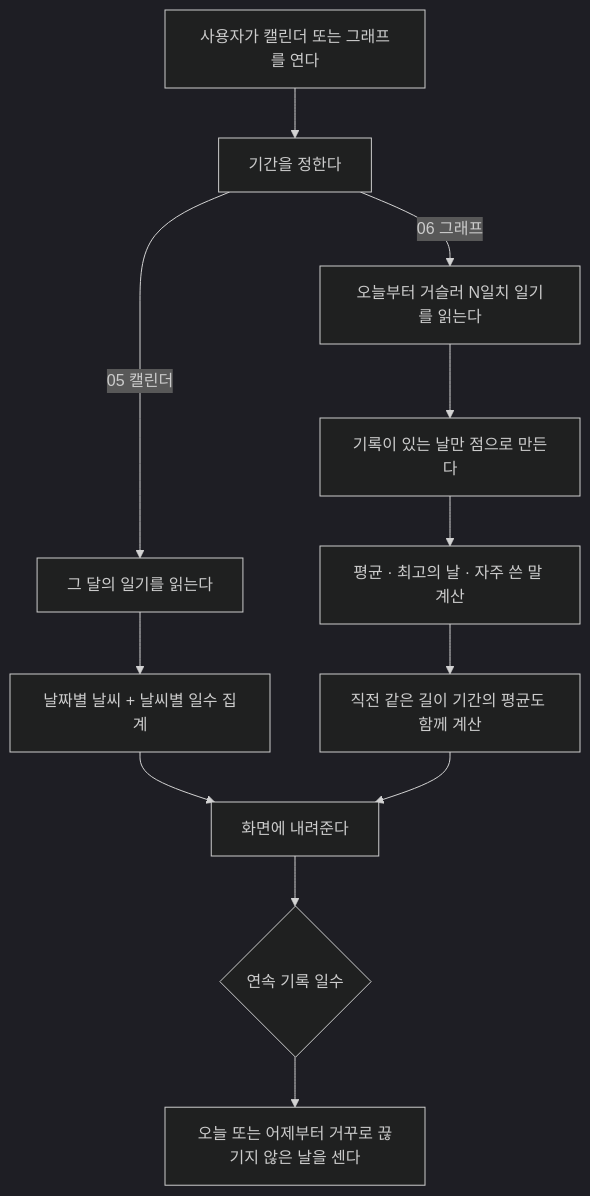
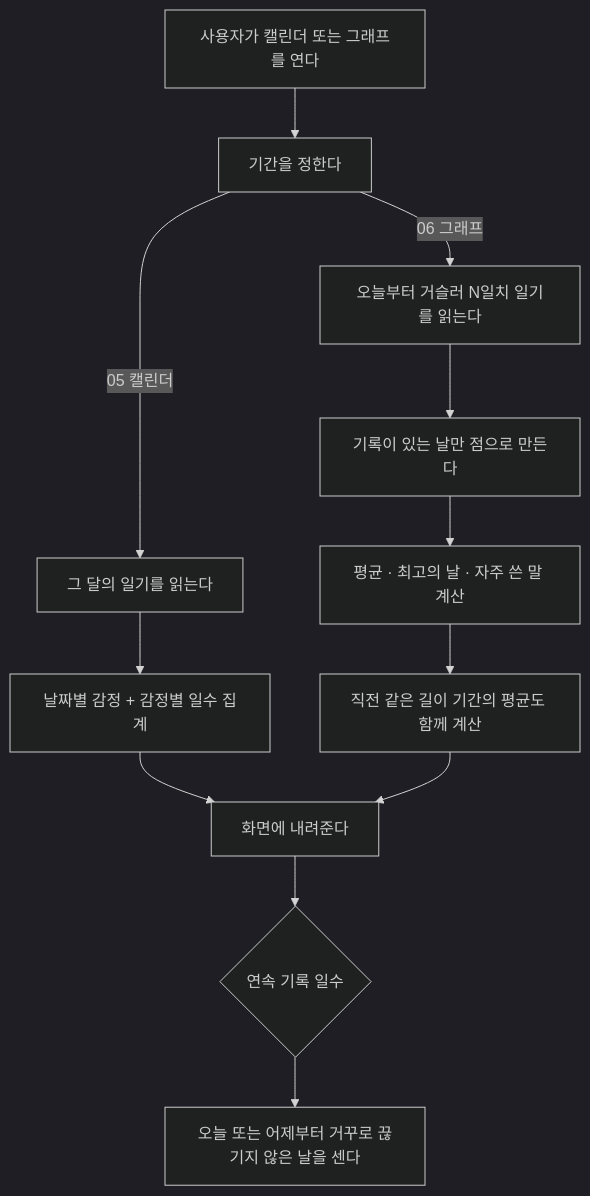
The diagram in docs/domain/diary/감정집계-비즈니스로직.md (Minchae0322/ai-picture-diary), drawn with Mermaid (dark theme) before and after one commit. The commit also changed other lines of this file and 166 other files, not shown here.

````diff
--- a/docs/domain/diary/감정집계-비즈니스로직.md
+++ b/docs/domain/diary/감정집계-비즈니스로직.md
@@ -8,14 +8,14 @@
 ```mermaid
 flowchart TD
     A[사용자가 캘린더 또는 그래프를 연다] --> B[기간을 정한다]
     B -->|05 캘린더| C[그 달의 일기를 읽는다]
     B -->|06 그래프| D[오늘부터 거슬러 N일치 일기를 읽는다]
-    C --> E[날짜별 날씨 + 날씨별 일수 집계]
+    C --> E[날짜별 감정 + 감정별 일수 집계]
     D --> F[기록이 있는 날만 점으로 만든다]
     F --> G[평균 · 최고의 날 · 자주 쓴 말 계산]
     G --> H[직전 같은 길이 기간의 평균도 함께 계산]
     E --> I[화면에 내려준다]
     H --> I
     I --> J{연속 기록 일수}
     J --> K[오늘 또는 어제부터 거꾸로 끊기지 않은 날을 센다]
 ```
````
